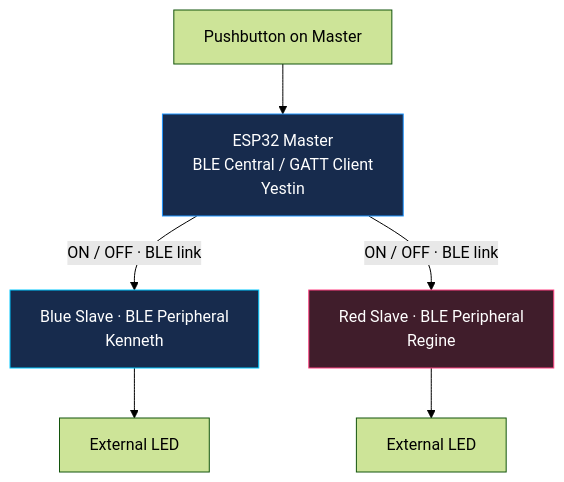
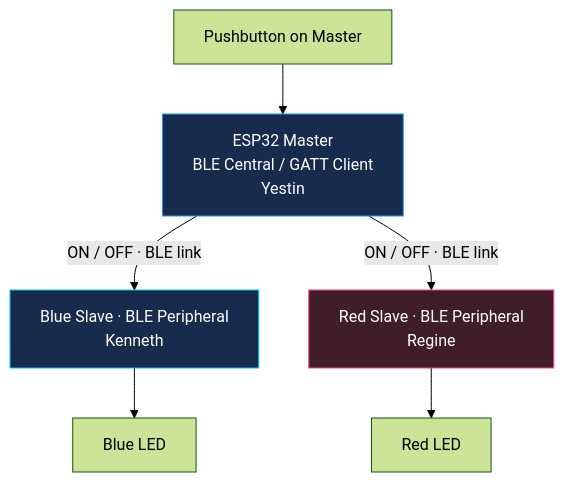
The diagram in README.md (REGINE-BERMUDO/Master-Slave-BLE-Communication-ESP32), drawn with Mermaid (forest theme) before and after one commit. The commit also changed other lines of this file and 3 other files, not shown here.

````diff
--- a/README.md
+++ b/README.md
@@ -83,11 +121,11 @@
 ```mermaid
 flowchart TD
     Button["Pushbutton on Master"] --> Master["ESP32 Master<br/>BLE Central / GATT Client<br/>Yestin"]
     Master -->|"ON / OFF · BLE link"| Blue["Blue Slave · BLE Peripheral<br/>Kenneth"]
     Master -->|"ON / OFF · BLE link"| Red["Red Slave · BLE Peripheral<br/>Regine"]
-    Blue --> BlueLED["External LED"]
-    Red --> RedLED["External LED"]
+    Blue --> BlueLED["Blue LED"]
+    Red --> RedLED["Red LED"]
     style Master fill:#172b4d,stroke:#2196ff,color:#ffffff
     style Blue fill:#172b4d,stroke:#00c8ff,color:#ffffff
     style Red fill:#401d2b,stroke:#ff4081,color:#ffffff
 ```
````
